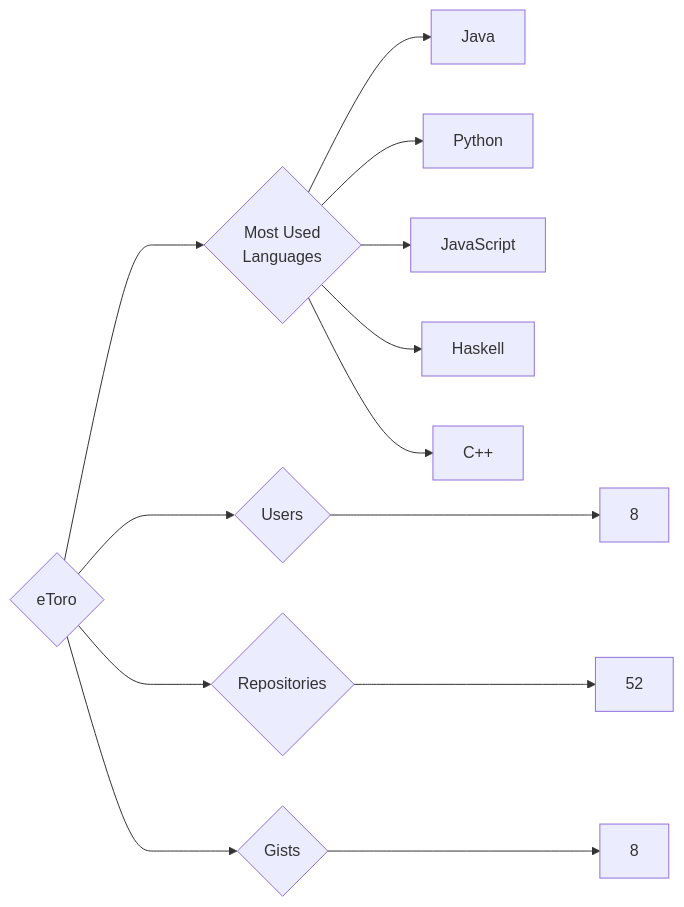
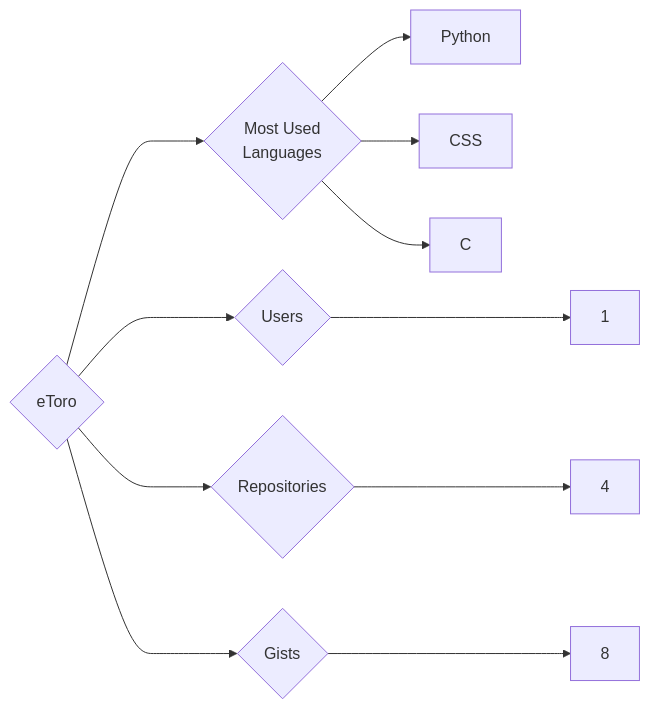
One commit to trickest/insiders changed the diagram in targets/eToro/README.md. Above: the diagram before and after it, drawn with Mermaid. The commit also changed 725 other files, not shown here.

````diff
--- a/targets/eToro/README.md
+++ b/targets/eToro/README.md
@@ -3,13 +3,11 @@
 ```mermaid
 graph LR
 COMPANY_NAME{eToro}
-COMPANY_NAME ---> U{Users} ---> UN[8]
-COMPANY_NAME ---> R{Repositories} ---> RN[52]
+COMPANY_NAME ---> U{Users} ---> UN[1]
+COMPANY_NAME ---> R{Repositories} ---> RN[4]
 COMPANY_NAME ---> G{Gists} ---> GN[8]
 COMPANY_NAME ---> ML{Most Used<br>Languages}
-ML --> Java[Java]
 ML --> Python[Python]
-ML --> JavaScript[JavaScript]
-ML --> Haskell[Haskell]
-ML --> C++[C++]
+ML --> CSS[CSS]
+ML --> C[C]
 ```
````
